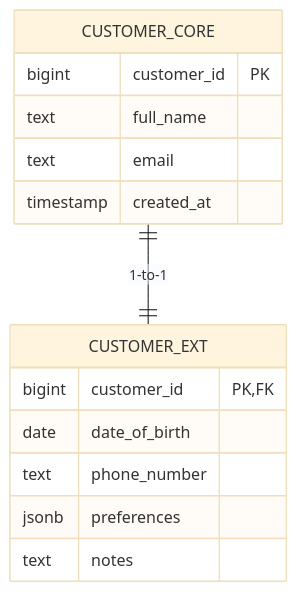
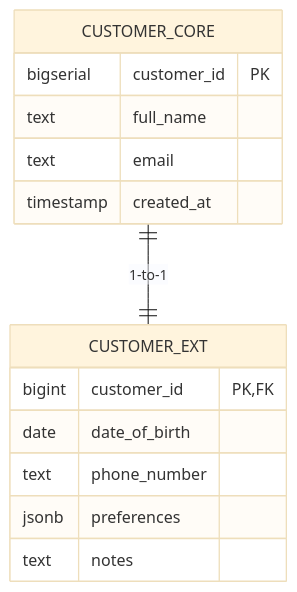
The second of 2 diagrams in Workshops/Workshop 5 - Optimalisation/4 - Partitioning.md (AlxcNL/Data-Technologies-public), drawn with Mermaid (base theme) before and after one commit. The commit also changed other lines of this file, not shown here.

````diff
--- a/Workshops/Workshop 5 - Optimalisation/4 - Partitioning.md
+++ b/Workshops/Workshop 5 - Optimalisation/4 - Partitioning.md
@@ -303,17 +168,17 @@
 ```mermaid
 erDiagram
     CUSTOMER_CORE ||--|| CUSTOMER_EXT : "1-to-1"
     CUSTOMER_CORE {
-        bigint customer_id PK
+        bigserial customer_id PK
         text full_name
         text email
         timestamp created_at
     }
     CUSTOMER_EXT {
         bigint customer_id PK, FK
         date date_of_birth
         text phone_number
         jsonb preferences
         text notes
     }
 ```
````
